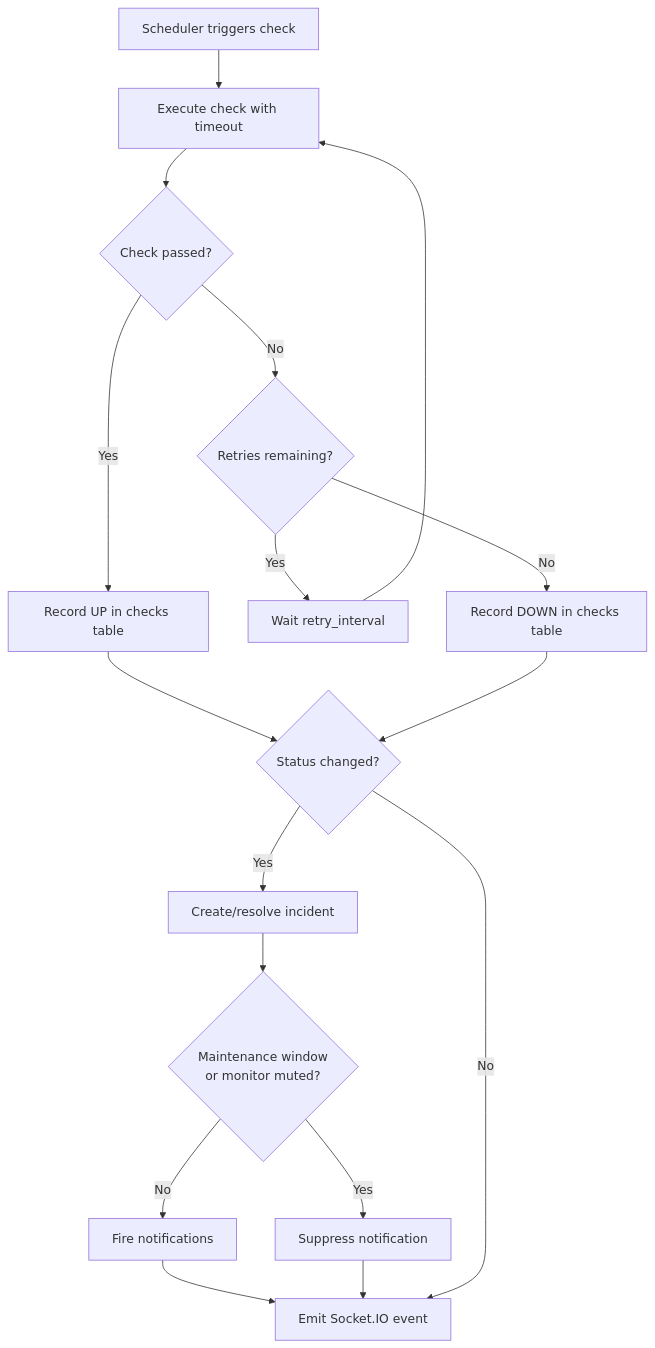
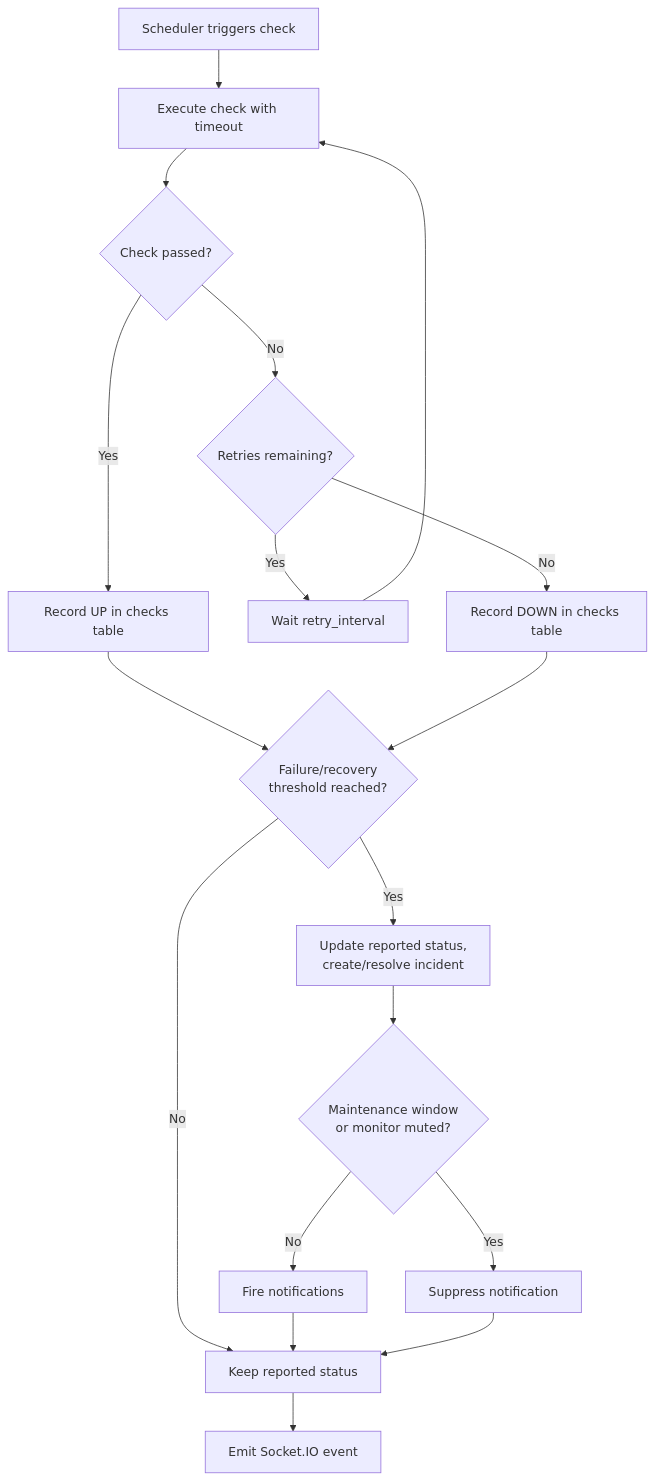
Before and after one commit to Kyngo/uptime-detective: the second of 3 diagrams in docs/architecture.md, drawn with Mermaid. The commit also changed other lines of this file and 28 other files, not shown here.

First line of the commit message:
feat(monitors): add failure and recovery confirmation thresholds

````diff
--- a/docs/architecture.md
+++ b/docs/architecture.md
@@ -63,18 +63,19 @@
 ```mermaid
 flowchart TD
     A[Scheduler triggers check] --> B[Execute check with timeout]
     B --> C{Check passed?}
     C -->|Yes| D[Record UP in checks table]
     C -->|No| E{Retries remaining?}
     E -->|Yes| F[Wait retry_interval] --> B
     E -->|No| G[Record DOWN in checks table]
-    D --> H{Status changed?}
+    D --> H{Failure/recovery<br/>threshold reached?}
     G --> H
-    H -->|Yes| I[Create/resolve incident]
+    H -->|No| K[Keep reported status]
+    H -->|Yes| I[Update reported status,<br/>create/resolve incident]
     I --> M{Maintenance window<br/>or monitor muted?}
     M -->|Yes| N[Suppress notification]
     M -->|No| J[Fire notifications]
-    J --> K[Emit Socket.IO event]
+    J --> K
     N --> K
-    H -->|No| K
+    K --> L[Emit Socket.IO event]
 ```
````
